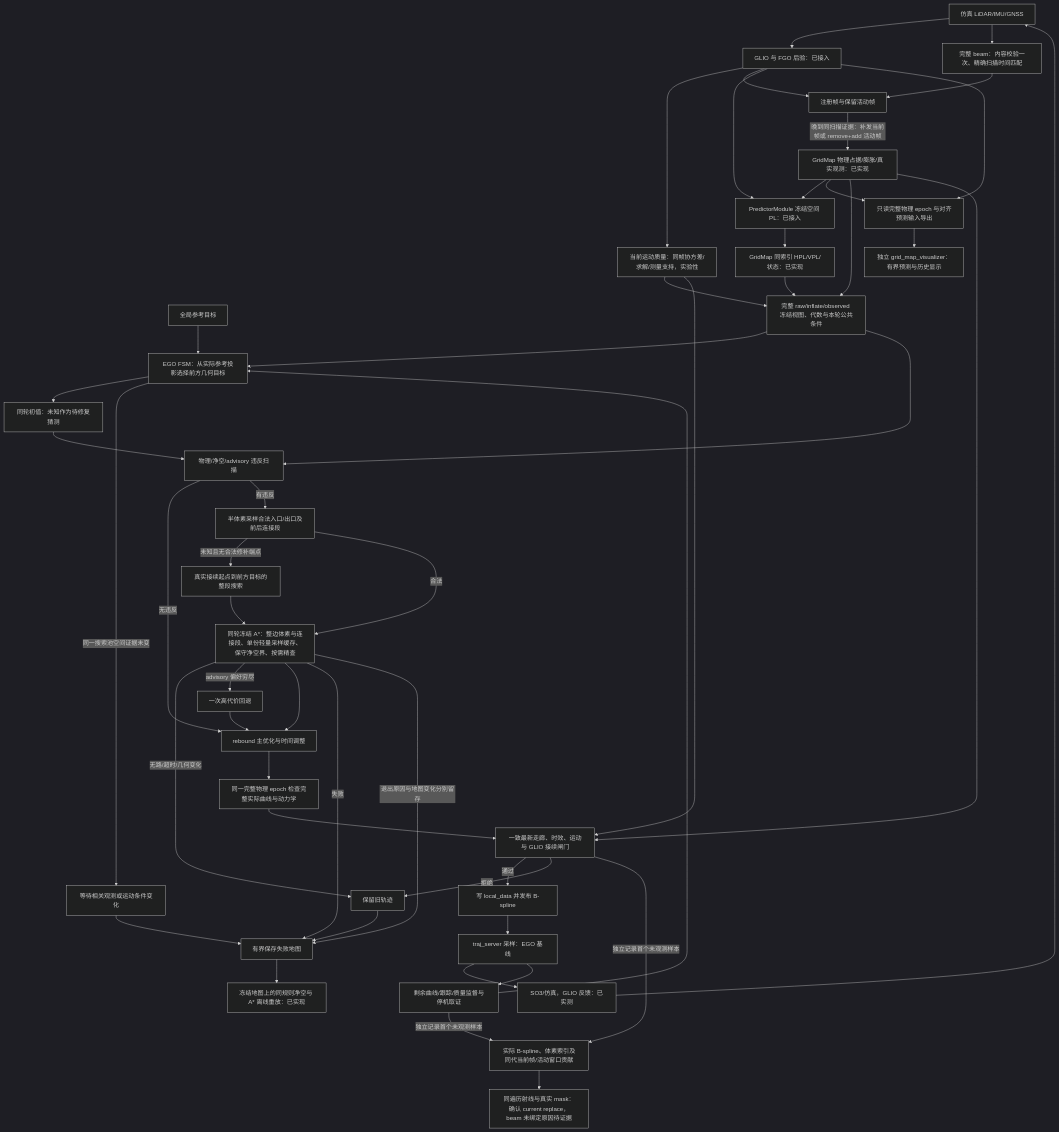
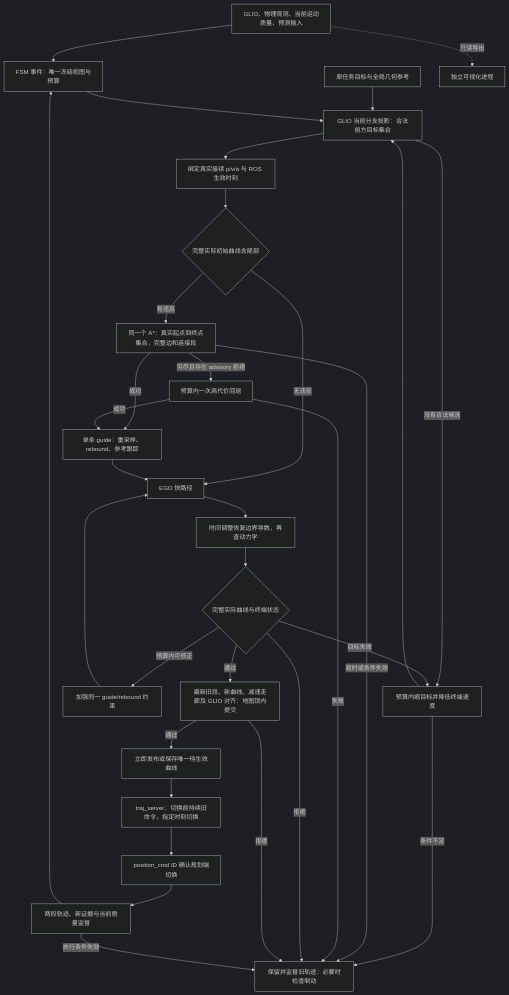
Before and after one commit to Printeger/iap: the second of 3 diagrams in docs/spec/ego_based_planning_flow.md, drawn with Mermaid (dark theme). The commit also changed other lines of this file and 20 other files, not shown here.

Commit message:
Implement legal target regions and continuous EGO guide handoff

````diff
--- a/docs/spec/ego_based_planning_flow.md
+++ b/docs/spec/ego_based_planning_flow.md
@@ -132,52 +154,34 @@
 ```mermaid
 flowchart TD
-    Sensors[仿真 LiDAR/IMU/GNSS] --> GLIO[GLIO 与 FGO 后验：已接入]
-    GLIO --> Current[当前运动质量：同帧协方差/求解/测量支持，实验性]
-    Sensors --> Beams[完整 beam：内容校验一次、精确扫描时间匹配]
-    GLIO --> Registered[注册帧与保留活动帧]
-    Beams --> Registered
-    Registered -->|晚到同扫描证据：补发当前帧或 remove+add 活动帧| Map[GridMap 物理占据/膨胀/真实观测：已实现]
-    GLIO --> Advisory[PredictorModule 冻结空间 PL：已接入]
-    Map --> Advisory
-    Advisory --> Risk[GridMap 同索引 HPL/VPL/状态：已实现]
-    Map --> Export[只读完整物理 epoch 与对齐预测输入导出]
-    GLIO --> Export
-    Export --> Viz[独立 grid_map_visualizer：有界预测与历史显示]
-    Goal[全局参考目标] --> FSM[EGO FSM：从实际参考投影选择前方几何目标]
-    Map --> Freeze[完整 raw/inflate/observed 冻结视图、代数与本轮公共条件]
-    Current --> Freeze
-    Risk --> Freeze
-    Freeze --> FSM
-    FSM --> Init[同轮初值：未知作为待修复猜测]
-    Init --> Scan[物理/净空/advisory 违反扫描]
-    Freeze --> Scan
-    Scan -->|无违反| Opt[rebound 主优化与时间调整]
-    Scan -->|有违反| Endpoints[半体素采样合法入口/出口及前后连接段]
-    Endpoints -->|未知且无合法修补端点| Whole[真实接续起点到前方目标的整段搜索]
-    Whole --> Search
-    Endpoints -->|合法| Search[同轮冻结 A*：整边体素与连接段、单份轻量采样缓存、保守净空界、按需精查]
-    Search -->|无路/超时/几何变化| Keep
-    Search -->|advisory 偏好穷尽| SearchFallback[一次高代价回退]
-    SearchFallback --> Opt
-    Search --> Opt
-    Opt --> FrozenCurve[同一完整物理 epoch 检查完整实际曲线与动力学]
-    FrozenCurve --> Final[一致最新走廊、时效、运动与 GLIO 接续闸门]
-    Map --> Final
-    Current --> Final
-    Final -->|通过| Commit[写 local_data 并发布 B-spline]
-    Final -->|拒绝| Keep[保留旧轨迹]
-    FSM -->|同一搜索池空间证据未变| Wait[等待相关观测或运动条件变化]
-    Wait --> Evidence[有界保存 stall 地图]
-    Keep --> Evidence[有界保存失败地图]
-    Search -->|失败| Evidence
-    Final -->|独立记录首个未观测样本| Hole[实际 B-spline、体素索引及同代当前帧/活动窗口贡献]
-    Monitor -->|独立记录首个未观测样本| Hole
-    Hole --> ObservationReplay[同遍历射线与真实 mask：确认 current replace，beam 未绑定原因待证据]
-    Search -->|退出原因与地图变化分别留存| Evidence
-    Evidence --> Replay[冻结地图上的同规则净空与 A* 离线重放：已实现]
-    Commit --> Server[traj_server 采样：EGO 基线]
-    Server --> Control[SO3/仿真，GLIO 反馈：已实测]
-    Control --> Sensors
-    Server --> Monitor[剩余曲线/跟踪/质量监督与停机取证]
-    Monitor --> FSM
+    Inputs[GLIO、物理观测、当前运动质量、预测输入] --> Round[FSM 事件：唯一冻结视图与预算]
+    Goal[原任务目标与全局几何参考] --> Target
+    Round --> Target[GLIO 当前分支投影：合法前方目标集合]
+    Target -->|没有合法候选| Short[预算内缩目标并降低终端速度]
+    Short --> Target
+    Short -->|条件不足| Keep[保留并监督旧轨迹：必要时检查制动]
+    Target --> Init[绑定真实接续 p/v/a 与 ROS 生效时刻]
+    Init --> Scan{完整实际初始曲线含尾部}
+    Scan -->|无违反| Opt[EGO 快路径]
+    Scan -->|有违反| Search[同一个 A*：真实起点到终点集合，完整边和连接段]
+    Search -->|成功| Guide[单条 guide：重采样、rebound、参考跟踪]
+    Search -->|穷尽且存在 advisory 拒绝| Soft[预算内一次高代价回退]
+    Soft -->|成功| Guide
+    Search -->|超时或条件失效| Keep
+    Soft -->|失败| Keep
+    Guide --> Opt
+    Opt --> Retime[时间调整恢复边界导数，再查动力学]
+    Retime --> Check{完整实际曲线与终端状态}
+    Check -->|预算内可修正| Correct[加强同一 guide/rebound 约束]
+    Correct --> Opt
+    Check -->|目标失败| Short
+    Check -->|拒绝| Keep
+    Check -->|通过| Release[最新旧段、新曲线、减速走廊及 GLIO 对齐：地图锁内提交]
+    Release -->|拒绝| Keep
+    Release -->|通过| Publish[立即发布或保存唯一待生效曲线]
+    Publish --> Server[traj_server：切换前持续旧命令，指定时刻切换]
+    Server --> Confirm[position_cmd ID 确认规划端切换]
+    Confirm --> Monitor[两段轨迹、新证据与当前质量监督]
+    Monitor --> Round
+    Monitor -->|执行条件失效| Keep
+    Inputs -.只读导出.-> Viz[独立可视化进程]
 ```
````
